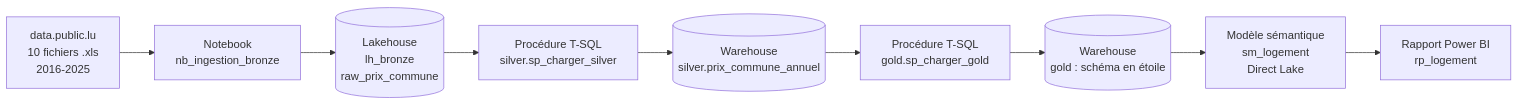
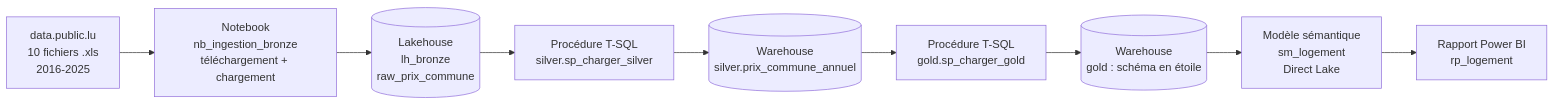
One commit to dahibmarouan/fabric-logement-luxembourg changed the first of 2 diagrams in README.md. Above: the diagram before and after it, drawn with Mermaid. The commit also changed other lines of this file, not shown here.

````diff
--- a/README.md
+++ b/README.md
@@ -24,11 +24,11 @@
 ```mermaid
 flowchart LR
-    A[data.public.lu<br/>10 fichiers .xls<br/>2016-2025] --> B[Notebook<br/>nb_ingestion_bronze]
+    A[data.public.lu<br/>10 fichiers .xls<br/>2016-2025] --> B[Notebook<br/>nb_ingestion_bronze<br/>téléchargement + chargement]
     B --> C[(Lakehouse<br/>lh_bronze<br/>raw_prix_commune)]
     C --> D[Procédure T-SQL<br/>silver.sp_charger_silver]
     D --> E[(Warehouse<br/>silver.prix_commune_annuel)]
     E --> F[Procédure T-SQL<br/>gold.sp_charger_gold]
     F --> G[(Warehouse<br/>gold : schéma en étoile)]
     G --> H[Modèle sémantique<br/>sm_logement<br/>Direct Lake]
     H --> I[Rapport Power BI<br/>rp_logement]
 ```
````
